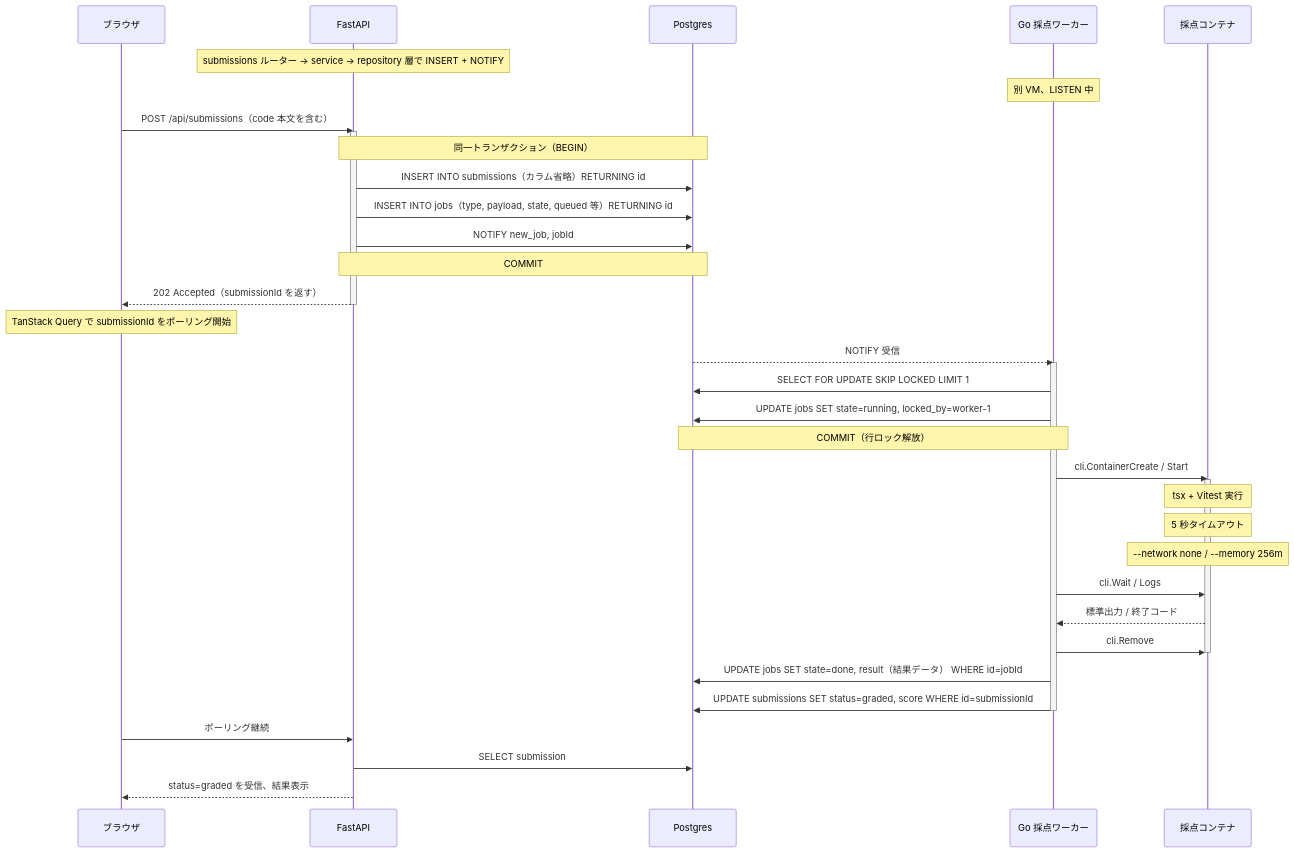
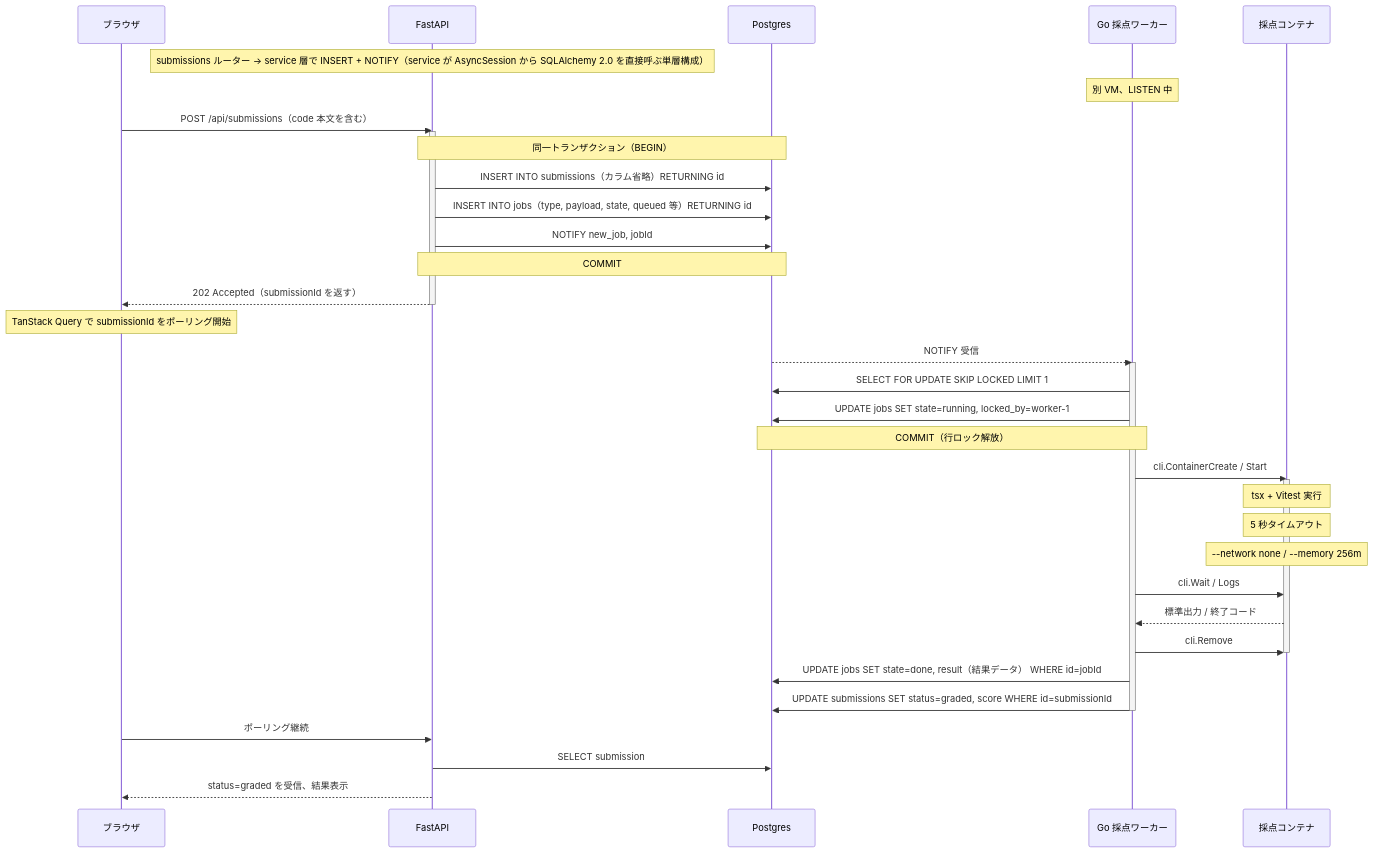
The second of 2 diagrams in SYSTEM_OVERVIEW.md (yzanbo/ai-coding-drill-python), drawn with Mermaid before and after one commit. The commit also changed 14 other files, not shown here.

````diff
--- a/SYSTEM_OVERVIEW.md
+++ b/SYSTEM_OVERVIEW.md
@@ -113,47 +113,47 @@
 ```mermaid
 sequenceDiagram
     participant Browser as ブラウザ
     participant API as FastAPI
     participant DB as Postgres
     participant Worker as Go 採点ワーカー
     participant Sandbox as 採点コンテナ
 
-    Note over API: submissions ルーター → service → repository 層で INSERT + NOTIFY
+    Note over API: submissions ルーター → service 層で INSERT + NOTIFY（service が AsyncSession から SQLAlchemy 2.0 を直接呼ぶ単層構成）
     Note over Worker: 別 VM、LISTEN 中
 
     Browser->>API: POST /api/submissions（code 本文を含む）
     activate API
     Note over API,DB: 同一トランザクション（BEGIN）
     API->>DB: INSERT INTO submissions（カラム省略）RETURNING id
     API->>DB: INSERT INTO jobs（type, payload, state, queued 等）RETURNING id
     API->>DB: NOTIFY new_job, jobId
     Note over API,DB: COMMIT
     API-->>Browser: 202 Accepted（submissionId を返す）
     deactivate API
 
     Note over Browser: TanStack Query で submissionId をポーリング開始
 
     DB-->>Worker: NOTIFY 受信
     activate Worker
     Worker->>DB: SELECT FOR UPDATE SKIP LOCKED LIMIT 1
     Worker->>DB: UPDATE jobs SET state=running, locked_by=worker-1
     Note over Worker,DB: COMMIT（行ロック解放）
 
     Worker->>Sandbox: cli.ContainerCreate / Start
     activate Sandbox
     Note over Sandbox: tsx + Vitest 実行
     Note over Sandbox: 5 秒タイムアウト
     Note over Sandbox: --network none / --memory 256m
     Worker->>Sandbox: cli.Wait / Logs
     Sandbox-->>Worker: 標準出力 / 終了コード
     Worker->>Sandbox: cli.Remove
     deactivate Sandbox
 
     Worker->>DB: UPDATE jobs SET state=done, result（結果データ） WHERE id=jobId
     Worker->>DB: UPDATE submissions SET status=graded, score WHERE id=submissionId
     deactivate Worker
 
     Browser->>API: ポーリング継続
     API->>DB: SELECT submission
     API-->>Browser: status=graded を受信、結果表示
 ```
````
